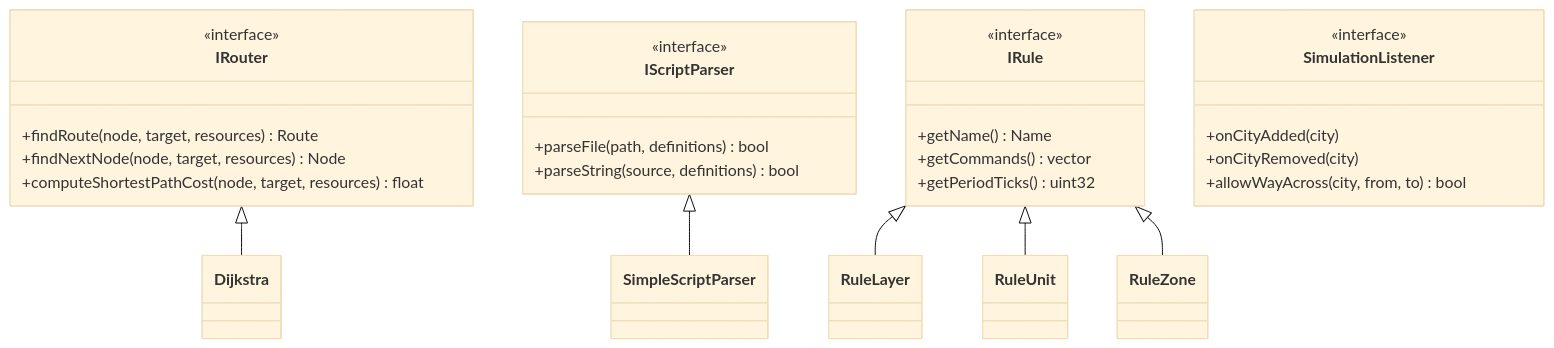
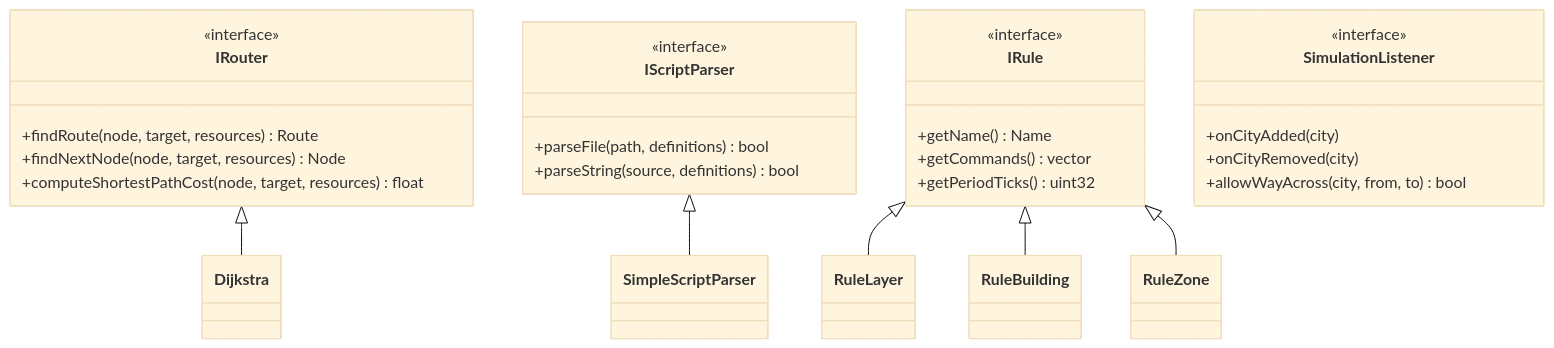
The second of 2 diagrams in doc/engine.md (Lecrapouille/OpenGlassBox), drawn with Mermaid (base theme) before and after one commit. The commit also changed other lines of this file and 87 other files, not shown here.

````diff
--- a/doc/engine.md
+++ b/doc/engine.md
@@ -85,31 +85,31 @@
 ```mermaid
 classDiagram
     class IRouter {
         <<interface>>
         +findRoute(node, target, resources) Route
         +findNextNode(node, target, resources) Node
         +computeShortestPathCost(node, target, resources) float
     }
     class IScriptParser {
         <<interface>>
         +parseFile(path, definitions) bool
         +parseString(source, definitions) bool
     }
     class IRule {
         <<interface>>
         +getName() Name
         +getCommands() vector
         +getPeriodTicks() uint32
     }
     class SimulationListener {
         <<interface>>
         +onCityAdded(city)
         +onCityRemoved(city)
         +allowWayAcross(city, from, to) bool
     }
     IRouter <|-- Dijkstra
     IScriptParser <|-- SimpleScriptParser
     IRule <|-- RuleLayer
-    IRule <|-- RuleUnit
+    IRule <|-- RuleBuilding
     IRule <|-- RuleZone
 ```
````
